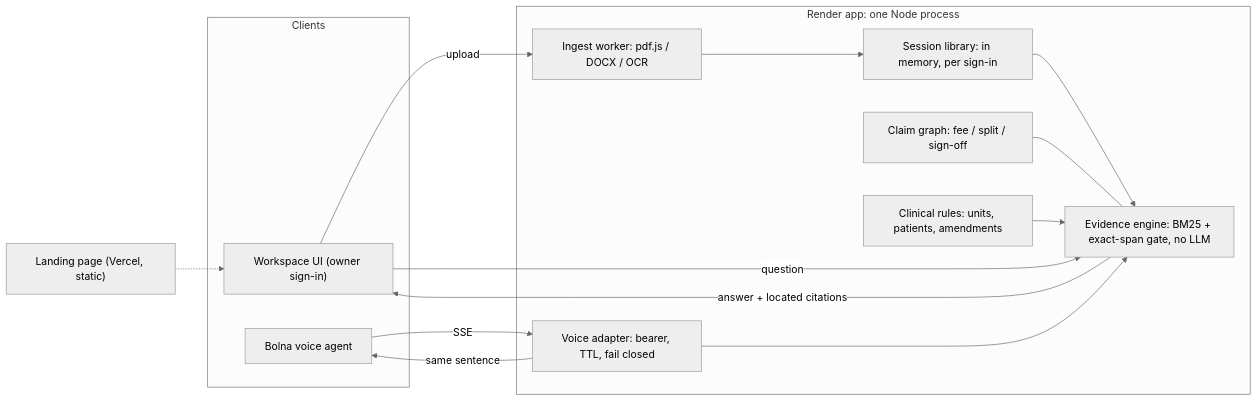
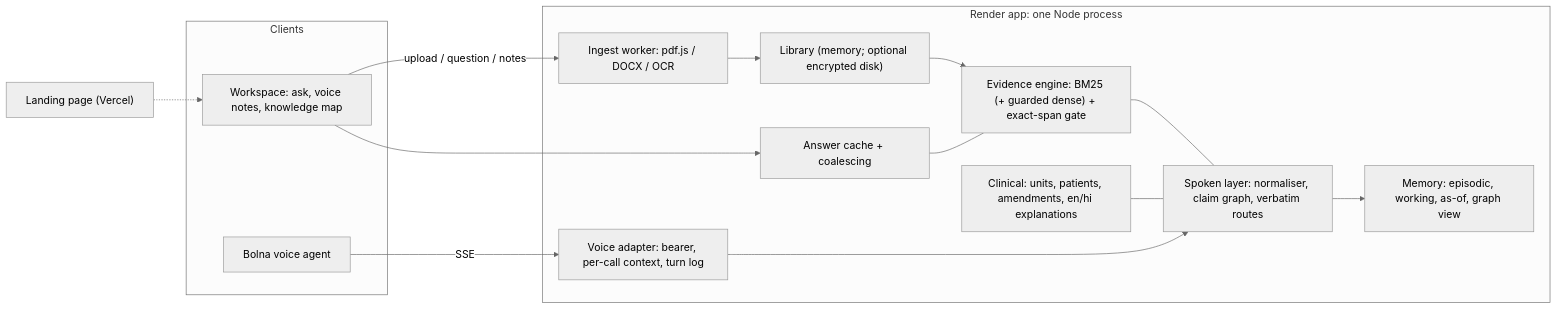
One commit to charan-rathore/voice-memory changed the diagram in README.md. Above: the diagram before and after it, drawn with Mermaid (neutral theme). The commit also changed other lines of this file and 4 other files, not shown here.

First line of the commit message:
README and architecture for Voice Memory 2.0; final spoken-eval record

````diff
--- a/README.md
+++ b/README.md
@@ -81,26 +103,27 @@
 ```mermaid
 flowchart LR
-    LP["Landing page (Vercel, static)"] -.-> UI
+    LP["Landing page (Vercel)"] -.-> UI
     subgraph Clients
-        UI["Workspace UI (owner sign-in)"]
+        UI["Workspace: ask, voice notes, knowledge map"]
         BA["Bolna voice agent"]
     end
     subgraph App["Render app: one Node process"]
         ING["Ingest worker: pdf.js / DOCX / OCR"]
-        LIB["Session library: in memory, per sign-in"]
-        ENG["Evidence engine: BM25 + exact-span gate, no LLM"]
-        CLM["Claim graph: fee / split / sign-off"]
-        CLN["Clinical rules: units, patients, amendments"]
-        VA["Voice adapter: bearer, TTL, fail closed"]
-        ING --> LIB
-        LIB --> ENG
-        CLN --> ENG
-        CLM --- ENG
-        VA --> ENG
+        LIB["Library (memory; optional encrypted disk)"]
+        ENG["Evidence engine: BM25 (+ guarded dense) + exact-span gate"]
+        SPK["Spoken layer: normaliser, claim graph, verbatim routes"]
+        MEM["Memory: episodic, working, as-of, graph view"]
+        CLN["Clinical: units, patients, amendments, en/hi explanations"]
+        VA["Voice adapter: bearer, per-call context, turn log"]
+        CACHE["Answer cache + coalescing"]
+        ING --> LIB --> ENG
+        ENG --- SPK
+        CLN --- SPK
+        SPK --> MEM
+        VA --> SPK
+        CACHE --- ENG
     end
-    UI -->|upload| ING
-    UI -->|question| ENG
-    ENG -->|answer + located citations| UI
+    UI -->|upload / question / notes| ING
+    UI --> CACHE
     BA -->|SSE| VA
-    VA -->|same sentence| BA
 ```
````
